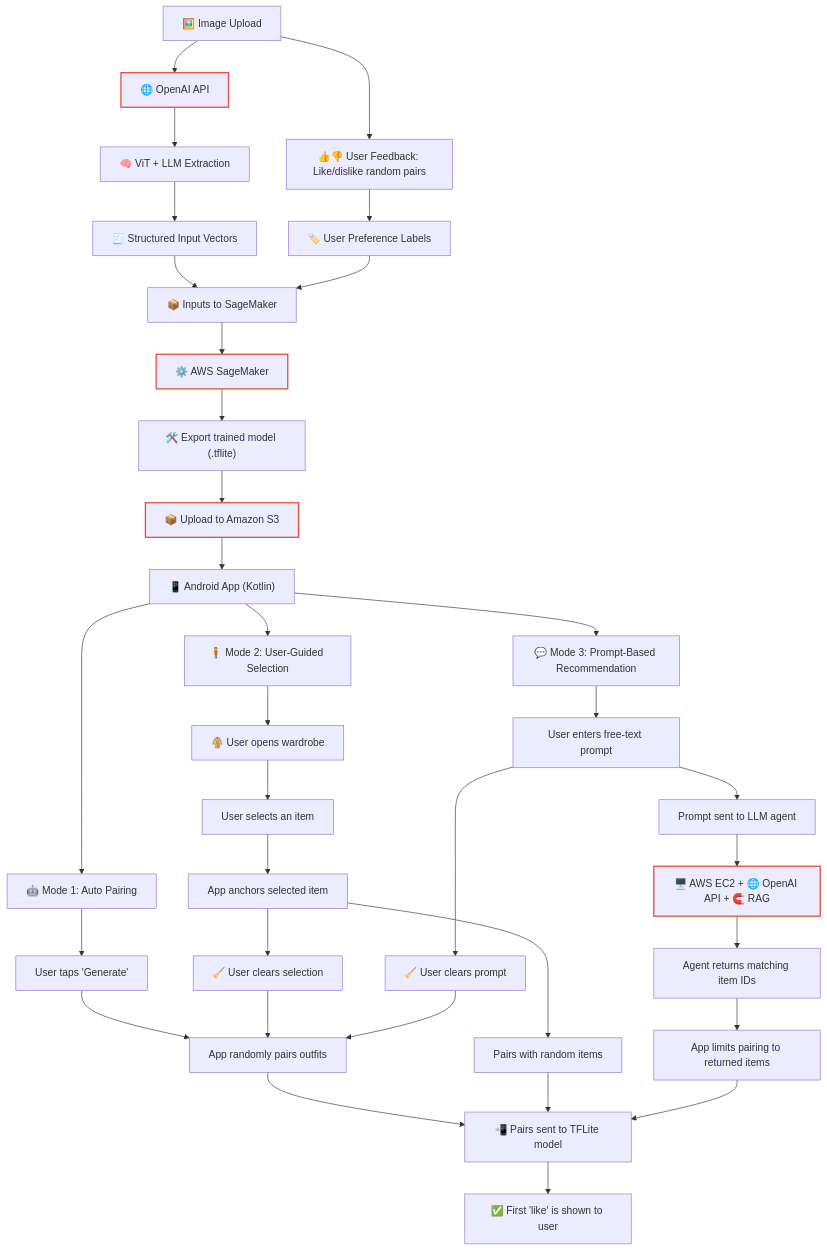
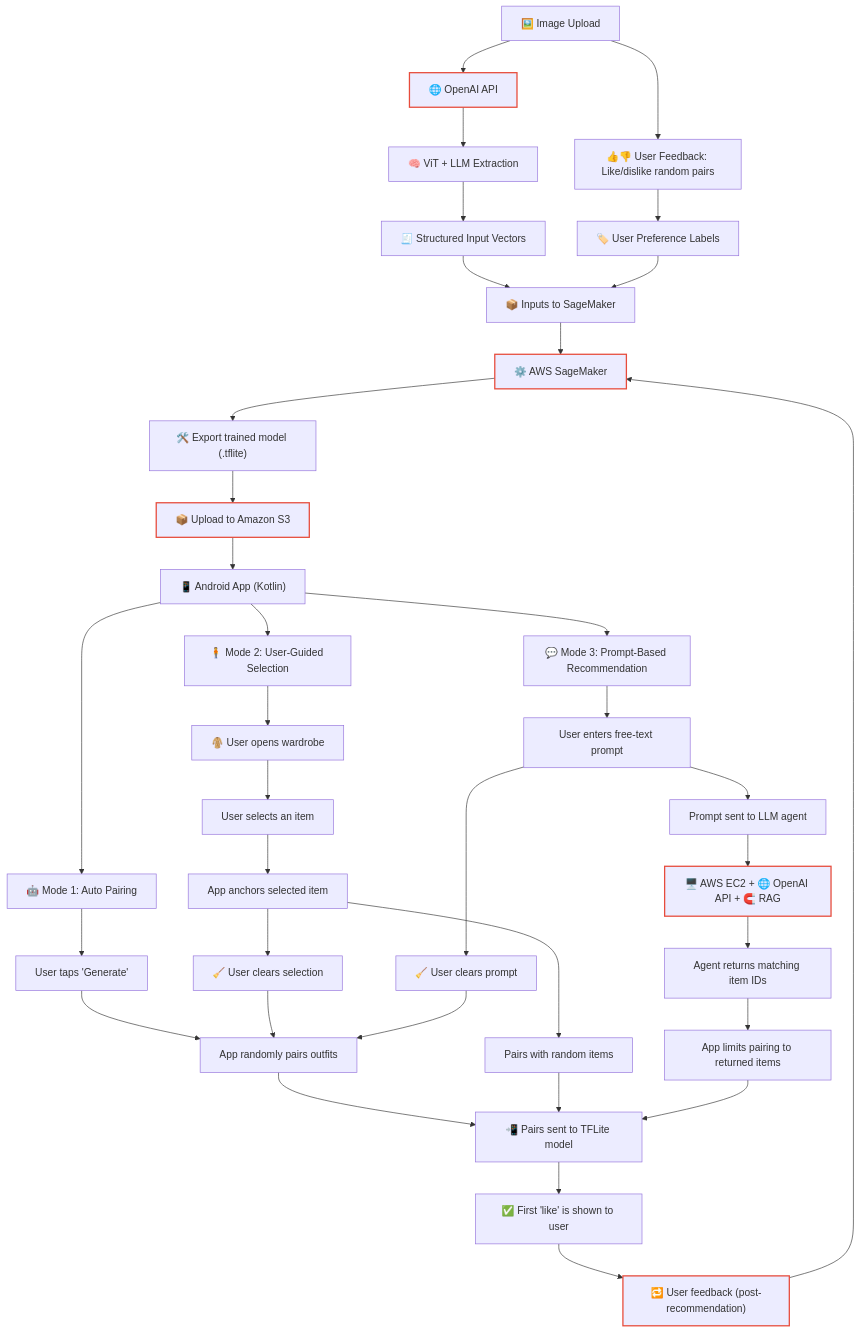
Before and after one commit to DressMe-AI/awesome-dressmeai: the diagram in README.md, drawn with Mermaid.

````diff
--- a/README.md
+++ b/README.md
@@ -44,52 +44,56 @@
 ```mermaid
 flowchart TD
     %% Core pipeline
     A["🖼️ Image Upload"] --> openai_call
     openai_call["🌐 OpenAI API"]:::highlighted --> B
     B["🧠 ViT + LLM Extraction"] --> D
     A --> C
     C["👍👎 User Feedback: Like/dislike random pairs"] --> E
     D["🧾 Structured Input Vectors"] --> train_input
     E["🏷️ User Preference Labels"] --> train_input
     train_input["📦 Inputs to SageMaker"] --> sagemaker["⚙️ AWS SageMaker"]:::external
     sagemaker --> tflite_export["🛠️ Export trained model (.tflite)"]
     tflite_export --> S3_upload["📦 Upload to Amazon S3"]:::external
     S3_upload --> H_app["📱 Android App (Kotlin)"]
     H_app --> I1_start
     H_app --> I2_start
     H_app --> I3_start
 
     %% Mode 1
     I1_start["🤖 Mode 1: Auto Pairing"] --> I1_a["User taps 'Generate'"]
     I1_a --> I1_b["App randomly pairs outfits"]
     I1_b --> I_common
 
     %% Mode 2
     I2_start["🧍 Mode 2: User-Guided Selection"] --> I2_a["🧥 User opens wardrobe"]
     I2_a --> I2_access["User selects an item"]
     I2_access --> I2_b["App anchors selected item"]
     I2_b --> I2_c["Pairs with random items"]
     I2_b --> I2_fallback["🧹 User clears selection"]
     I2_fallback --> I1_b
     I2_c --> I_common
 
     %% Mode 3
     I3_start["💬 Mode 3: Prompt-Based Recommendation"] --> I3_a["User enters free-text prompt"]
     I3_a --> I3_fallback["🧹 User clears prompt"]
     I3_fallback --> I1_b
     I3_a --> I3_b["Prompt sent to LLM agent"]
     I3_b --> ext_ec2
     ext_ec2["🖥️ AWS EC2 + 🌐 OpenAI API + 🧲 RAG"]:::external --> I3_c["Agent returns matching item IDs"]
     I3_c --> I3_d["App limits pairing to returned items"]
     I3_d --> I_common
 
     %% Shared DL inference
     I_common["📲 Pairs sent to TFLite model"] --> I_final["✅ First 'like' is shown to user"]
 
     %% Styling
     classDef external stroke:#e74c3c,stroke-width:2px;
     classDef highlighted stroke:#e74c3c,stroke-width:2px;
     class openai_call highlighted;
     class ext_ec2,sagemaker,S3_upload external;
 
+    %% Feedback loop for CI/CD-style retraining
+    I_final --> feedback_loop["🔁 User feedback (post-recommendation)"]:::highlighted
+    feedback_loop --> sagemaker
+
 ```
````
